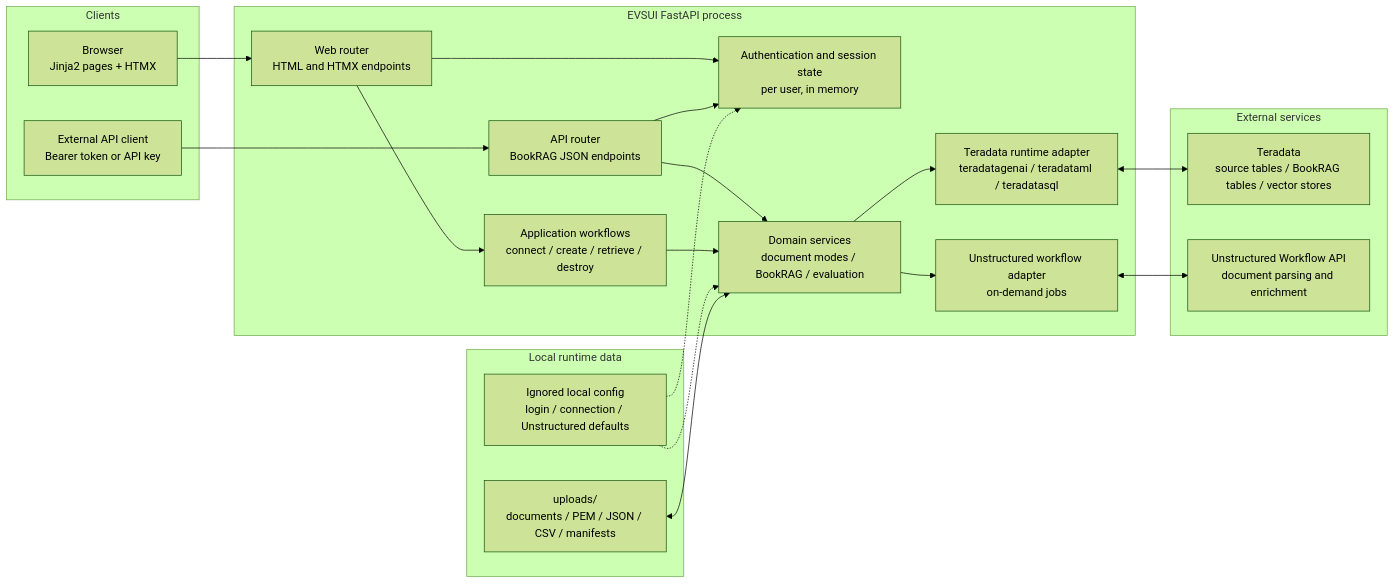
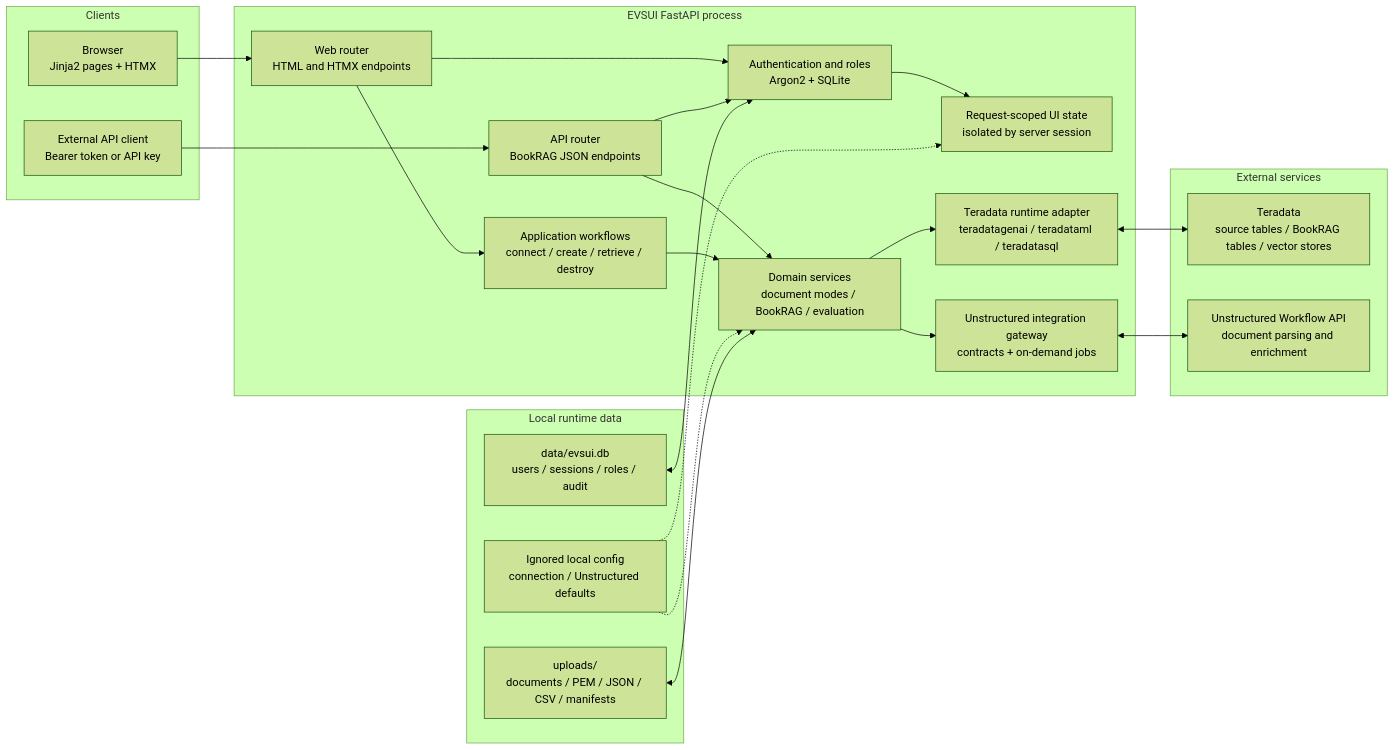
Before and after one commit to xuhaibintd/EVSUI: the first of 4 diagrams in README.md, drawn with Mermaid (forest theme). The commit also changed other lines of this file and 30 other files, not shown here.

````diff
--- a/README.md
+++ b/README.md
@@ -187,43 +192,47 @@
 ```mermaid
 flowchart LR
     subgraph Clients["Clients"]
         Browser["Browser<br/>Jinja2 pages + HTMX"]
         ApiClient["External API client<br/>Bearer token or API key"]
     end
 
     subgraph App["EVSUI FastAPI process"]
         Web["Web router<br/>HTML and HTMX endpoints"]
         API["API router<br/>BookRAG JSON endpoints"]
-        Session["Authentication and session state<br/>per user, in memory"]
+        Auth["Authentication and roles<br/>Argon2 + SQLite"]
+        Session["Request-scoped UI state<br/>isolated by server session"]
         Flow["Application workflows<br/>connect / create / retrieve / destroy"]
         Service["Domain services<br/>document modes / BookRAG / evaluation"]
         TDAdapter["Teradata runtime adapter<br/>teradatagenai / teradataml / teradatasql"]
-        USAdapter["Unstructured workflow adapter<br/>on-demand jobs"]
+        USAdapter["Unstructured integration gateway<br/>contracts + on-demand jobs"]
 
-        Web --> Session
-        API --> Session
+        Web --> Auth
+        API --> Auth
+        Auth --> Session
         Web --> Flow
         API --> Service
         Flow --> Service
         Service --> TDAdapter
         Service --> USAdapter
     end
 
     subgraph Local["Local runtime data"]
-        Config["Ignored local config<br/>login / connection / Unstructured defaults"]
+        AuthDB["data/evsui.db<br/>users / sessions / roles / audit"]
+        Config["Ignored local config<br/>connection / Unstructured defaults"]
         Files["uploads/<br/>documents / PEM / JSON / CSV / manifests"]
     end
 
     subgraph External["External services"]
         TD["Teradata<br/>source tables / BookRAG tables / vector stores"]
         US["Unstructured Workflow API<br/>document parsing and enrichment"]
     end
 
     Browser --> Web
     ApiClient --> API
+    AuthDB <--> Auth
     Config -.-> Session
     Config -.-> Service
     Files <--> Service
     TDAdapter <--> TD
     USAdapter <--> US
 ```
````
